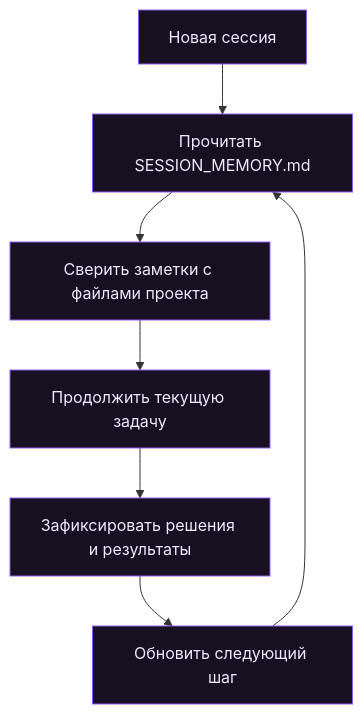
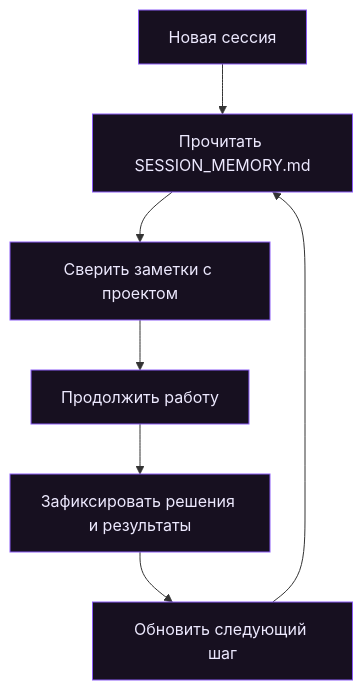
Before and after one commit to Pre11yhacker/memory-upgrade: the diagram in README.md, drawn with Mermaid. The commit also changed other lines of this file, not shown here.

````diff
--- a/README.md
+++ b/README.md
@@ -77,12 +88,12 @@
 ```mermaid
 flowchart TD
     A["Новая сессия"] --> B["Прочитать SESSION_MEMORY.md"]
-    B --> C["Сверить заметки с файлами проекта"]
-    C --> D["Продолжить текущую задачу"]
+    B --> C["Сверить заметки с проектом"]
+    C --> D["Продолжить работу"]
     D --> E["Зафиксировать решения и результаты"]
     E --> F["Обновить следующий шаг"]
     F --> B
 
     classDef step fill:#171020,stroke:#8B5CF6,color:#EDE9FE,stroke-width:1px
     class A,B,C,D,E,F step
 ```
````
